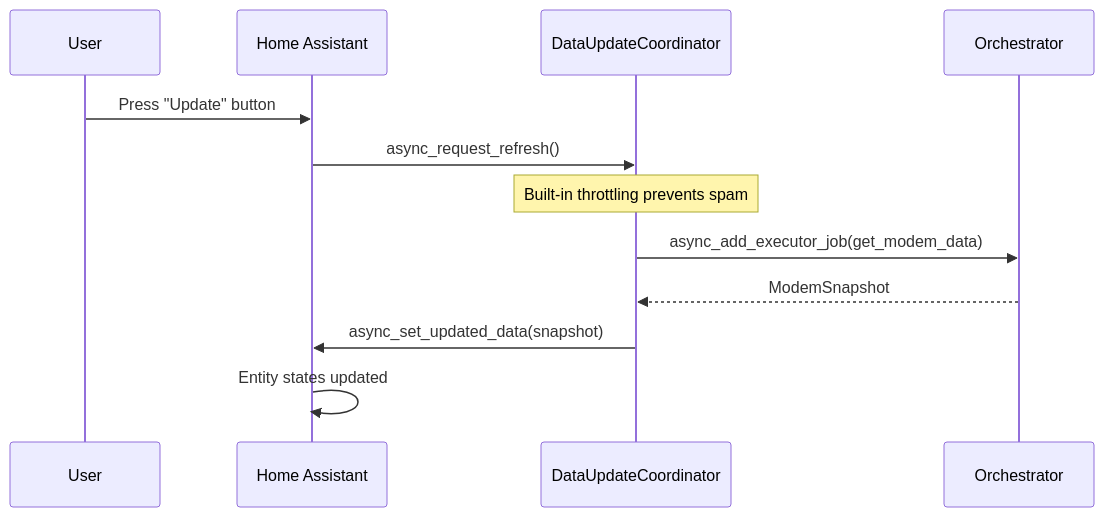
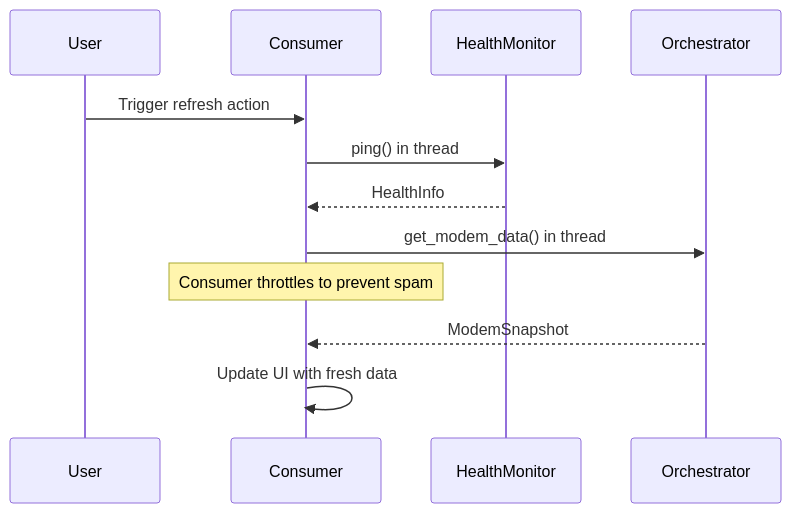
One commit to solentlabs/cable_modem_monitor changed the fourth of 7 diagrams in packages/cable_modem_monitor_core/docs/ORCHESTRATION_USE_CASES.md. Above: the diagram before and after it, drawn with Mermaid. The commit also changed other lines of this file and 145 other files, not shown here.

````diff
--- a/packages/cable_modem_monitor_core/docs/ORCHESTRATION_USE_CASES.md
+++ b/packages/cable_modem_monitor_core/docs/ORCHESTRATION_USE_CASES.md
@@ -1025,15 +1021,15 @@
 ```mermaid
 sequenceDiagram
     participant U as User
-    participant HA as Home Assistant
-    participant Coord as DataUpdateCoordinator
+    participant C as Consumer
+    participant HM as HealthMonitor
     participant O as Orchestrator
 
-    U->>HA: Press "Update" button
-    HA->>Coord: async_request_refresh()
-    Note over Coord: Built-in throttling prevents spam
-    Coord->>O: async_add_executor_job(get_modem_data)
-    O-->>Coord: ModemSnapshot
-    Coord->>HA: async_set_updated_data(snapshot)
-    HA->>HA: Entity states updated
+    U->>C: Trigger refresh action
+    C->>HM: ping() in thread
+    HM-->>C: HealthInfo
+    C->>O: get_modem_data() in thread
+    Note over C: Consumer throttles to prevent spam
+    O-->>C: ModemSnapshot
+    C->>C: Update UI with fresh data
 ```
````
